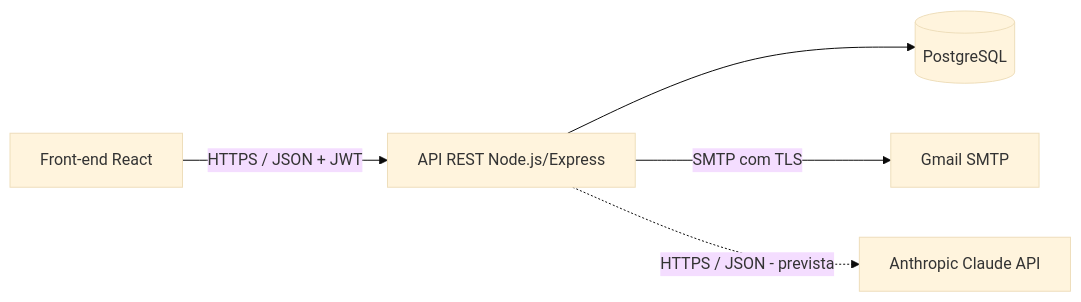
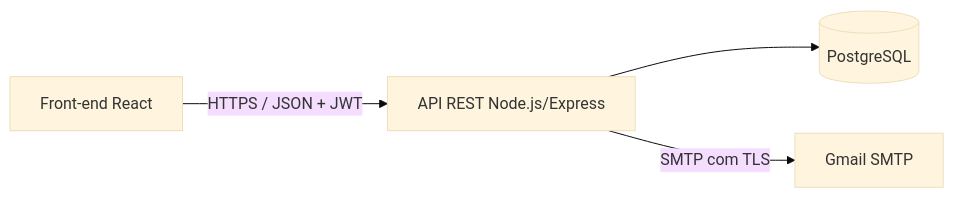
One commit to EllenInacio/OLA-Academic-Life-Organization changed the first of 2 diagrams in integracao-api-externa.md. Above: the diagram before and after it, drawn with Mermaid (base theme). The commit also changed other lines of this file and 91 other files, not shown here.

````diff
--- a/integracao-api-externa.md
+++ b/integracao-api-externa.md
@@ -19,7 +17,6 @@
 ```mermaid
 flowchart LR
   F[Front-end React] -->|HTTPS / JSON + JWT| B[API REST Node.js/Express]
   B --> D[(PostgreSQL)]
   B -->|SMTP com TLS| G[Gmail SMTP]
-  B -.->|HTTPS / JSON - prevista| C[Anthropic Claude API]
 ```
````
